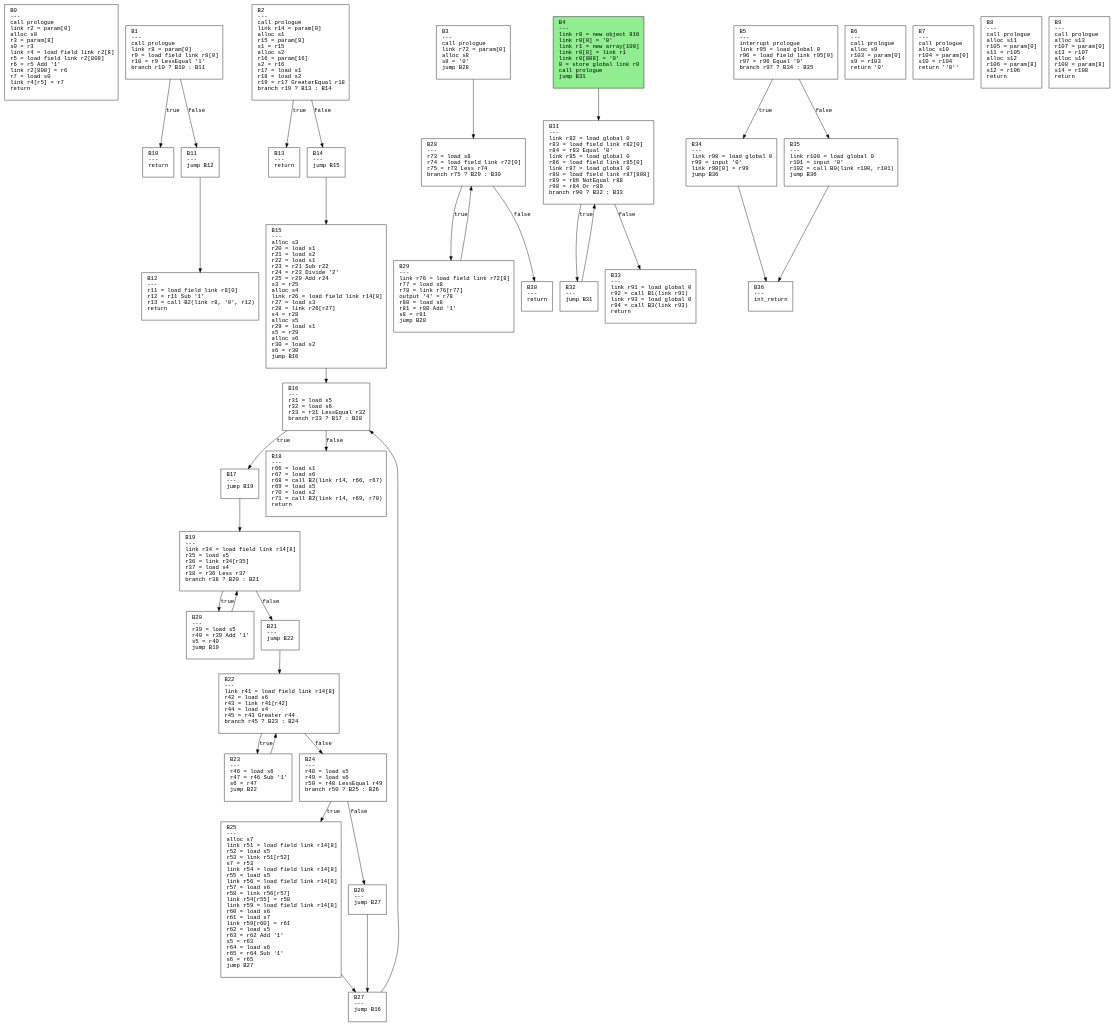
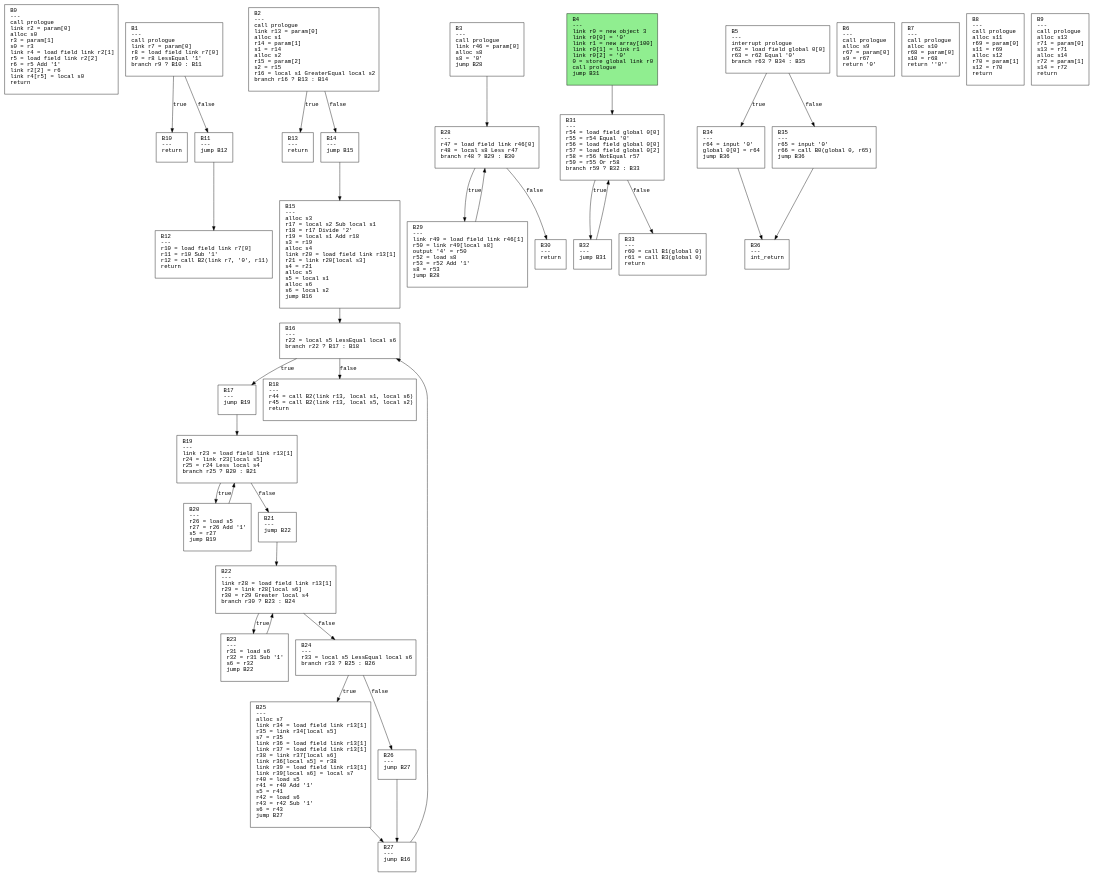
Before and after one commit to safarislava/ProcTranslator: the diagram in output/sort.dot, drawn with Graphviz. The commit also changed 38 other files, not shown here.

Commit message:
v1.1 Optimization with spilled, local, global registers

```diff
--- a/output/sort.dot
+++ b/output/sort.dot
@@ -1,78 +1,78 @@
 digraph CFG {
   rankdir=TB;
   node [shape=box, fontname="Courier", style=filled, fillcolor=white, margin="0.2,0.1"];
   edge [fontname="Courier"];
 
-  "B0" [label="B0\l---\lcall prologue\llink r2 = param[0]\lalloc s0\lr3 = param[8]\ls0 = r3\llink r4 = load field link r2[8]\lr5 = load field link r2[808]\lr6 = r5 Add '1'\llink r2[808] = r6\lr7 = load s0\llink r4[r5] = r7\lreturn\l "];
-  "B1" [label="B1\l---\lcall prologue\llink r8 = param[0]\lr9 = load field link r8[0]\lr10 = r9 LessEqual '1'\lbranch r10 ? B10 : B11\l "];
-  "B2" [label="B2\l---\lcall prologue\llink r14 = param[0]\lalloc s1\lr15 = param[8]\ls1 = r15\lalloc s2\lr16 = param[16]\ls2 = r16\lr17 = load s1\lr18 = load s2\lr19 = r17 GreaterEqual r18\lbranch r19 ? B13 : B14\l "];
-  "B3" [label="B3\l---\lcall prologue\llink r72 = param[0]\lalloc s8\ls8 = '0'\ljump B28\l "];
-  "B4" [label="B4\l---\llink r0 = new object 816\llink r0[0] = '0'\llink r1 = new array[100]\llink r0[8] = link r1\llink r0[808] = '0'\l0 = store global link r0\lcall prologue\ljump B31\l "];
-  "B5" [label="B5\l---\linterrupt prologue\llink r95 = load global 0\lr96 = load field link r95[0]\lr97 = r96 Equal '0'\lbranch r97 ? B34 : B35\l "];
-  "B6" [label="B6\l---\lcall prologue\lalloc s9\lr103 = param[0]\ls9 = r103\lreturn '0'\l "];
-  "B7" [label="B7\l---\lcall prologue\lalloc s10\lr104 = param[0]\ls10 = r104\lreturn ''0''\l "];
-  "B8" [label="B8\l---\lcall prologue\lalloc s11\lr105 = param[0]\ls11 = r105\lalloc s12\lr106 = param[8]\ls12 = r106\lreturn\l "];
-  "B9" [label="B9\l---\lcall prologue\lalloc s13\lr107 = param[0]\ls13 = r107\lalloc s14\lr108 = param[8]\ls14 = r108\lreturn\l "];
+  "B0" [label="B0\l---\lcall prologue\llink r2 = param[0]\lalloc s0\lr3 = param[1]\ls0 = r3\llink r4 = load field link r2[1]\lr5 = load field link r2[2]\lr6 = r5 Add '1'\llink r2[2] = r6\llink r4[r5] = local s0\lreturn\l "];
+  "B1" [label="B1\l---\lcall prologue\llink r7 = param[0]\lr8 = load field link r7[0]\lr9 = r8 LessEqual '1'\lbranch r9 ? B10 : B11\l "];
+  "B2" [label="B2\l---\lcall prologue\llink r13 = param[0]\lalloc s1\lr14 = param[1]\ls1 = r14\lalloc s2\lr15 = param[2]\ls2 = r15\lr16 = local s1 GreaterEqual local s2\lbranch r16 ? B13 : B14\l "];
+  "B3" [label="B3\l---\lcall prologue\llink r46 = param[0]\lalloc s8\ls8 = '0'\ljump B28\l "];
+  "B4" [label="B4\l---\llink r0 = new object 3\llink r0[0] = '0'\llink r1 = new array[100]\llink r0[1] = link r1\llink r0[2] = '0'\l0 = store global link r0\lcall prologue\ljump B31\l "];
+  "B5" [label="B5\l---\linterrupt prologue\lr62 = load field global 0[0]\lr63 = r62 Equal '0'\lbranch r63 ? B34 : B35\l "];
+  "B6" [label="B6\l---\lcall prologue\lalloc s9\lr67 = param[0]\ls9 = r67\lreturn '0'\l "];
+  "B7" [label="B7\l---\lcall prologue\lalloc s10\lr68 = param[0]\ls10 = r68\lreturn ''0''\l "];
+  "B8" [label="B8\l---\lcall prologue\lalloc s11\lr69 = param[0]\ls11 = r69\lalloc s12\lr70 = param[1]\ls12 = r70\lreturn\l "];
+  "B9" [label="B9\l---\lcall prologue\lalloc s13\lr71 = param[0]\ls13 = r71\lalloc s14\lr72 = param[1]\ls14 = r72\lreturn\l "];
   "B10" [label="B10\l---\lreturn\l "];
   "B11" [label="B11\l---\ljump B12\l "];
-  "B12" [label="B12\l---\lr11 = load field link r8[0]\lr12 = r11 Sub '1'\lr13 = call B2(link r8, '0', r12)\lreturn\l "];
+  "B12" [label="B12\l---\lr10 = load field link r7[0]\lr11 = r10 Sub '1'\lr12 = call B2(link r7, '0', r11)\lreturn\l "];
   "B13" [label="B13\l---\lreturn\l "];
   "B14" [label="B14\l---\ljump B15\l "];
-  "B15" [label="B15\l---\lalloc s3\lr20 = load s1\lr21 = load s2\lr22 = load s1\lr23 = r21 Sub r22\lr24 = r23 Divide '2'\lr25 = r20 Add r24\ls3 = r25\lalloc s4\llink r26 = load field link r14[8]\lr27 = load s3\lr28 = link r26[r27]\ls4 = r28\lalloc s5\lr29 = load s1\ls5 = r29\lalloc s6\lr30 = load s2\ls6 = r30\ljump B16\l "];
-  "B16" [label="B16\l---\lr31 = load s5\lr32 = load s6\lr33 = r31 LessEqual r32\lbranch r33 ? B17 : B18\l "];
+  "B15" [label="B15\l---\lalloc s3\lr17 = local s2 Sub local s1\lr18 = r17 Divide '2'\lr19 = local s1 Add r18\ls3 = r19\lalloc s4\llink r20 = load field link r13[1]\lr21 = link r20[local s3]\ls4 = r21\lalloc s5\ls5 = local s1\lalloc s6\ls6 = local s2\ljump B16\l "];
+  "B16" [label="B16\l---\lr22 = local s5 LessEqual local s6\lbranch r22 ? B17 : B18\l "];
   "B17" [label="B17\l---\ljump B19\l "];
-  "B18" [label="B18\l---\lr66 = load s1\lr67 = load s6\lr68 = call B2(link r14, r66, r67)\lr69 = load s5\lr70 = load s2\lr71 = call B2(link r14, r69, r70)\lreturn\l "];
-  "B19" [label="B19\l---\llink r34 = load field link r14[8]\lr35 = load s5\lr36 = link r34[r35]\lr37 = load s4\lr38 = r36 Less r37\lbranch r38 ? B20 : B21\l "];
-  "B20" [label="B20\l---\lr39 = load s5\lr40 = r39 Add '1'\ls5 = r40\ljump B19\l "];
+  "B18" [label="B18\l---\lr44 = call B2(link r13, local s1, local s6)\lr45 = call B2(link r13, local s5, local s2)\lreturn\l "];
+  "B19" [label="B19\l---\llink r23 = load field link r13[1]\lr24 = link r23[local s5]\lr25 = r24 Less local s4\lbranch r25 ? B20 : B21\l "];
+  "B20" [label="B20\l---\lr26 = load s5\lr27 = r26 Add '1'\ls5 = r27\ljump B19\l "];
   "B21" [label="B21\l---\ljump B22\l "];
-  "B22" [label="B22\l---\llink r41 = load field link r14[8]\lr42 = load s6\lr43 = link r41[r42]\lr44 = load s4\lr45 = r43 Greater r44\lbranch r45 ? B23 : B24\l "];
-  "B23" [label="B23\l---\lr46 = load s6\lr47 = r46 Sub '1'\ls6 = r47\ljump B22\l "];
-  "B24" [label="B24\l---\lr48 = load s5\lr49 = load s6\lr50 = r48 LessEqual r49\lbranch r50 ? B25 : B26\l "];
-  "B25" [label="B25\l---\lalloc s7\llink r51 = load field link r14[8]\lr52 = load s5\lr53 = link r51[r52]\ls7 = r53\llink r54 = load field link r14[8]\lr55 = load s5\llink r56 = load field link r14[8]\lr57 = load s6\lr58 = link r56[r57]\llink r54[r55] = r58\llink r59 = load field link r14[8]\lr60 = load s6\lr61 = load s7\llink r59[r60] = r61\lr62 = load s5\lr63 = r62 Add '1'\ls5 = r63\lr64 = load s6\lr65 = r64 Sub '1'\ls6 = r65\ljump B27\l "];
+  "B22" [label="B22\l---\llink r28 = load field link r13[1]\lr29 = link r28[local s6]\lr30 = r29 Greater local s4\lbranch r30 ? B23 : B24\l "];
+  "B23" [label="B23\l---\lr31 = load s6\lr32 = r31 Sub '1'\ls6 = r32\ljump B22\l "];
+  "B24" [label="B24\l---\lr33 = local s5 LessEqual local s6\lbranch r33 ? B25 : B26\l "];
+  "B25" [label="B25\l---\lalloc s7\llink r34 = load field link r13[1]\lr35 = link r34[local s5]\ls7 = r35\llink r36 = load field link r13[1]\llink r37 = load field link r13[1]\lr38 = link r37[local s6]\llink r36[local s5] = r38\llink r39 = load field link r13[1]\llink r39[local s6] = local s7\lr40 = load s5\lr41 = r40 Add '1'\ls5 = r41\lr42 = load s6\lr43 = r42 Sub '1'\ls6 = r43\ljump B27\l "];
   "B26" [label="B26\l---\ljump B27\l "];
   "B27" [label="B27\l---\ljump B16\l "];
-  "B28" [label="B28\l---\lr73 = load s8\lr74 = load field link r72[0]\lr75 = r73 Less r74\lbranch r75 ? B29 : B30\l "];
-  "B29" [label="B29\l---\llink r76 = load field link r72[8]\lr77 = load s8\lr78 = link r76[r77]\loutput '4' = r78\lr80 = load s8\lr81 = r80 Add '1'\ls8 = r81\ljump B28\l "];
+  "B28" [label="B28\l---\lr47 = load field link r46[0]\lr48 = local s8 Less r47\lbranch r48 ? B29 : B30\l "];
+  "B29" [label="B29\l---\llink r49 = load field link r46[1]\lr50 = link r49[local s8]\loutput '4' = r50\lr52 = load s8\lr53 = r52 Add '1'\ls8 = r53\ljump B28\l "];
   "B30" [label="B30\l---\lreturn\l "];
-  "B31" [label="B31\l---\llink r82 = load global 0\lr83 = load field link r82[0]\lr84 = r83 Equal '0'\llink r85 = load global 0\lr86 = load field link r85[0]\llink r87 = load global 0\lr88 = load field link r87[808]\lr89 = r86 NotEqual r88\lr90 = r84 Or r89\lbranch r90 ? B32 : B33\l "];
+  "B31" [label="B31\l---\lr54 = load field global 0[0]\lr55 = r54 Equal '0'\lr56 = load field global 0[0]\lr57 = load field global 0[2]\lr58 = r56 NotEqual r57\lr59 = r55 Or r58\lbranch r59 ? B32 : B33\l "];
   "B32" [label="B32\l---\ljump B31\l "];
-  "B33" [label="B33\l---\llink r91 = load global 0\lr92 = call B1(link r91)\llink r93 = load global 0\lr94 = call B3(link r93)\lreturn\l "];
-  "B34" [label="B34\l---\llink r98 = load global 0\lr99 = input '0'\llink r98[0] = r99\ljump B36\l "];
-  "B35" [label="B35\l---\llink r100 = load global 0\lr101 = input '0'\lr102 = call B0(link r100, r101)\ljump B36\l "];
+  "B33" [label="B33\l---\lr60 = call B1(global 0)\lr61 = call B3(global 0)\lreturn\l "];
+  "B34" [label="B34\l---\lr64 = input '0'\lglobal 0[0] = r64\ljump B36\l "];
+  "B35" [label="B35\l---\lr65 = input '0'\lr66 = call B0(global 0, r65)\ljump B36\l "];
   "B36" [label="B36\l---\lint_return\l "];
   "B1" -> "B10" [label="true"];
   "B1" -> "B11" [label="false"];
   "B2" -> "B13" [label="true"];
   "B2" -> "B14" [label="false"];
   "B3" -> "B28";
   "B4" -> "B31";
   "B5" -> "B34" [label="true"];
   "B5" -> "B35" [label="false"];
   "B11" -> "B12";
   "B14" -> "B15";
   "B15" -> "B16";
   "B16" -> "B17" [label="true"];
   "B16" -> "B18" [label="false"];
   "B17" -> "B19";
   "B19" -> "B20" [label="true"];
   "B19" -> "B21" [label="false"];
   "B20" -> "B19";
   "B21" -> "B22";
   "B22" -> "B23" [label="true"];
   "B22" -> "B24" [label="false"];
   "B23" -> "B22";
   "B24" -> "B25" [label="true"];
   "B24" -> "B26" [label="false"];
   "B25" -> "B27";
   "B26" -> "B27";
   "B27" -> "B16";
   "B28" -> "B29" [label="true"];
   "B28" -> "B30" [label="false"];
   "B29" -> "B28";
   "B31" -> "B32" [label="true"];
   "B31" -> "B33" [label="false"];
   "B32" -> "B31";
   "B34" -> "B36";
   "B35" -> "B36";
   "B4" [fillcolor=lightgreen];
 }
```
